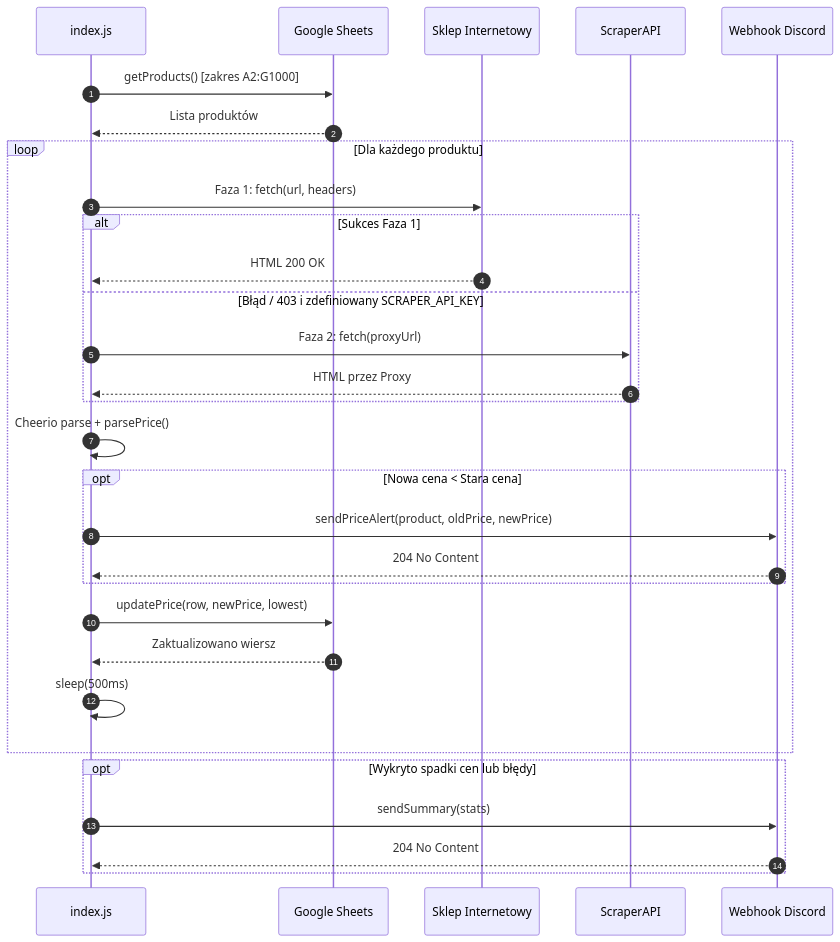
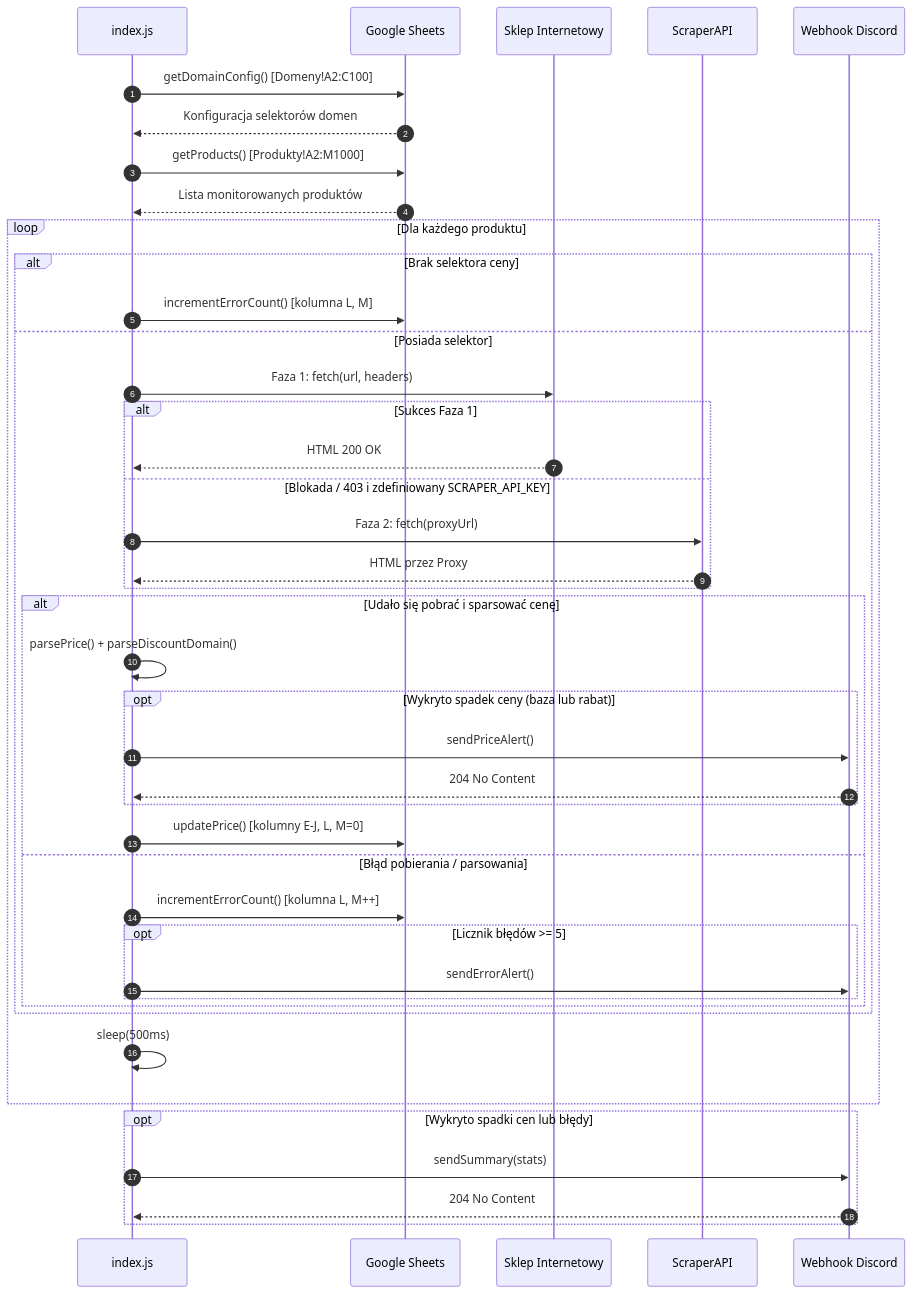
One commit to RekinPustelnik/price-tracker changed the second of 2 diagrams in docs/ARCHITECTURE.md. Above: the diagram before and after it, drawn with Mermaid. The commit also changed other lines of this file and 6 other files, not shown here.

````diff
--- a/docs/ARCHITECTURE.md
+++ b/docs/ARCHITECTURE.md
@@ -167,39 +178,48 @@
 ```mermaid
 sequenceDiagram
     autonumber
     participant Engine as index.js
     participant Sheets as Google Sheets
     participant Shop as Sklep Internetowy
     participant SAPI as ScraperAPI
     participant Discord as Webhook Discord
 
-    Engine->>Sheets: getProducts() [zakres A2:G1000]
-    Sheets-->>Engine: Lista produktów
+    Engine->>Sheets: getDomainConfig() [Domeny!A2:C100]
+    Sheets-->>Engine: Konfiguracja selektorów domen
+    Engine->>Sheets: getProducts() [Produkty!A2:M1000]
+    Sheets-->>Engine: Lista monitorowanych produktów
 
     loop Dla każdego produktu
-        Engine->>Shop: Faza 1: fetch(url, headers)
-        alt Sukces Faza 1
-            Shop-->>Engine: HTML 200 OK
-        else Błąd / 403 i zdefiniowany SCRAPER_API_KEY
-            Engine->>SAPI: Faza 2: fetch(proxyUrl)
-            SAPI-->>Engine: HTML przez Proxy
+        alt Brak selektora ceny
+            Engine->>Sheets: incrementErrorCount() [kolumna L, M]
+        else Posiada selektor
+            Engine->>Shop: Faza 1: fetch(url, headers)
+            alt Sukces Faza 1
+                Shop-->>Engine: HTML 200 OK
+            else Blokada / 403 i zdefiniowany SCRAPER_API_KEY
+                Engine->>SAPI: Faza 2: fetch(proxyUrl)
+                SAPI-->>Engine: HTML przez Proxy
+            end
+
+            alt Udało się pobrać i sparsować cenę
+                Engine->>Engine: parsePrice() + parseDiscountDomain()
+                opt Wykryto spadek ceny (baza lub rabat)
+                    Engine->>Discord: sendPriceAlert()
+                    Discord-->>Engine: 204 No Content
+                end
+                Engine->>Sheets: updatePrice() [kolumny E-J, L, M=0]
+            else Błąd pobierania / parsowania
+                Engine->>Sheets: incrementErrorCount() [kolumna L, M++]
+                opt Licznik błędów >= 5
+                    Engine->>Discord: sendErrorAlert()
+                end
+            end
         end
-
-        Engine->>Engine: Cheerio parse + parsePrice()
-
-        opt Nowa cena < Stara cena
-            Engine->>Discord: sendPriceAlert(product, oldPrice, newPrice)
-            Discord-->>Engine: 204 No Content
-        end
-
-        Engine->>Sheets: updatePrice(row, newPrice, lowest)
-        Sheets-->>Engine: Zaktualizowano wiersz
-
         Engine->>Engine: sleep(500ms)
     end
 
     opt Wykryto spadki cen lub błędy
         Engine->>Discord: sendSummary(stats)
         Discord-->>Engine: 204 No Content
     end
 ```
````
